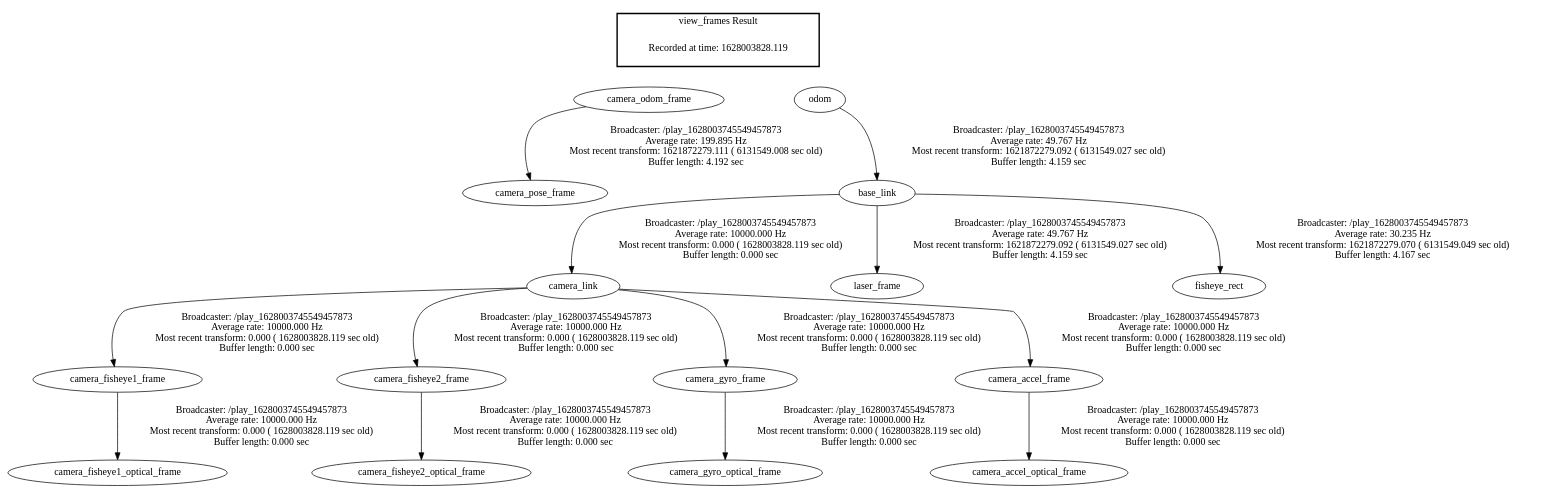
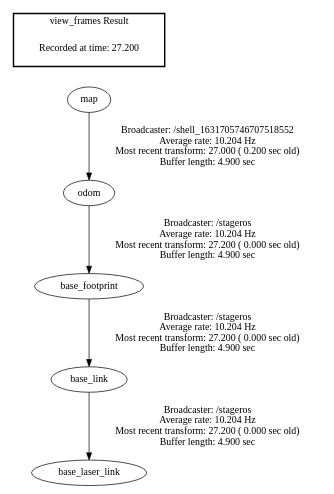
Before and after one commit to laaners/progetto-labiagi_pick_e_delivery: the diagram in frames.gv, drawn with Graphviz. The commit also changed 1 other file, not shown here.

```diff
--- a/frames.gv
+++ b/frames.gv
@@ -1,23 +1,10 @@
 digraph G {
-"camera_link" -> "camera_fisheye1_frame"[label="Broadcaster: /play_1628003745549457873\nAverage rate: 10000.000 Hz\nMost recent transform: 0.000 ( 1628003828.119 sec old)\nBuffer length: 0.000 sec\n"];
-"base_link" -> "camera_link"[label="Broadcaster: /play_1628003745549457873\nAverage rate: 10000.000 Hz\nMost recent transform: 0.000 ( 1628003828.119 sec old)\nBuffer length: 0.000 sec\n"];
-"camera_fisheye1_frame" -> "camera_fisheye1_optical_frame"[label="Broadcaster: /play_1628003745549457873\nAverage rate: 10000.000 Hz\nMost recent transform: 0.000 ( 1628003828.119 sec old)\nBuffer length: 0.000 sec\n"];
-"camera_link" -> "camera_fisheye2_frame"[label="Broadcaster: /play_1628003745549457873\nAverage rate: 10000.000 Hz\nMost recent transform: 0.000 ( 1628003828.119 sec old)\nBuffer length: 0.000 sec\n"];
-"camera_fisheye2_frame" -> "camera_fisheye2_optical_frame"[label="Broadcaster: /play_1628003745549457873\nAverage rate: 10000.000 Hz\nMost recent transform: 0.000 ( 1628003828.119 sec old)\nBuffer length: 0.000 sec\n"];
-"camera_link" -> "camera_gyro_frame"[label="Broadcaster: /play_1628003745549457873\nAverage rate: 10000.000 Hz\nMost recent transform: 0.000 ( 1628003828.119 sec old)\nBuffer length: 0.000 sec\n"];
-"camera_gyro_frame" -> "camera_gyro_optical_frame"[label="Broadcaster: /play_1628003745549457873\nAverage rate: 10000.000 Hz\nMost recent transform: 0.000 ( 1628003828.119 sec old)\nBuffer length: 0.000 sec\n"];
-"camera_link" -> "camera_accel_frame"[label="Broadcaster: /play_1628003745549457873\nAverage rate: 10000.000 Hz\nMost recent transform: 0.000 ( 1628003828.119 sec old)\nBuffer length: 0.000 sec\n"];
-"camera_accel_frame" -> "camera_accel_optical_frame"[label="Broadcaster: /play_1628003745549457873\nAverage rate: 10000.000 Hz\nMost recent transform: 0.000 ( 1628003828.119 sec old)\nBuffer length: 0.000 sec\n"];
-"camera_odom_frame" -> "camera_pose_frame"[label="Broadcaster: /play_1628003745549457873\nAverage rate: 199.895 Hz\nMost recent transform: 1621872279.111 ( 6131549.008 sec old)\nBuffer length: 4.192 sec\n"];
-"odom" -> "base_link"[label="Broadcaster: /play_1628003745549457873\nAverage rate: 49.767 Hz\nMost recent transform: 1621872279.092 ( 6131549.027 sec old)\nBuffer length: 4.159 sec\n"];
-"base_link" -> "laser_frame"[label="Broadcaster: /play_1628003745549457873\nAverage rate: 49.767 Hz\nMost recent transform: 1621872279.092 ( 6131549.027 sec old)\nBuffer length: 4.159 sec\n"];
-"base_link" -> "fisheye_rect"[label="Broadcaster: /play_1628003745549457873\nAverage rate: 30.235 Hz\nMost recent transform: 1621872279.070 ( 6131549.049 sec old)\nBuffer length: 4.167 sec\n"];
+"base_link" -> "base_laser_link"[label="Broadcaster: /stageros\nAverage rate: 10.204 Hz\nMost recent transform: 27.200 ( 0.000 sec old)\nBuffer length: 4.900 sec\n"];
+"base_footprint" -> "base_link"[label="Broadcaster: /stageros\nAverage rate: 10.204 Hz\nMost recent transform: 27.200 ( 0.000 sec old)\nBuffer length: 4.900 sec\n"];
+"odom" -> "base_footprint"[label="Broadcaster: /stageros\nAverage rate: 10.204 Hz\nMost recent transform: 27.200 ( 0.000 sec old)\nBuffer length: 4.900 sec\n"];
+"map" -> "odom"[label="Broadcaster: /shell_1631705746707518552\nAverage rate: 10.204 Hz\nMost recent transform: 27.000 ( 0.200 sec old)\nBuffer length: 4.900 sec\n"];
 edge [style=invis];
  subgraph cluster_legend { style=bold; color=black; label ="view_frames Result";
-"Recorded at time: 1628003828.119"[ shape=plaintext ] ;
- }->"camera_odom_frame";
-edge [style=invis];
- subgraph cluster_legend { style=bold; color=black; label ="view_frames Result";
-"Recorded at time: 1628003828.119"[ shape=plaintext ] ;
- }->"odom";
+"Recorded at time: 27.200"[ shape=plaintext ] ;
+ }->"map";
 }
```
